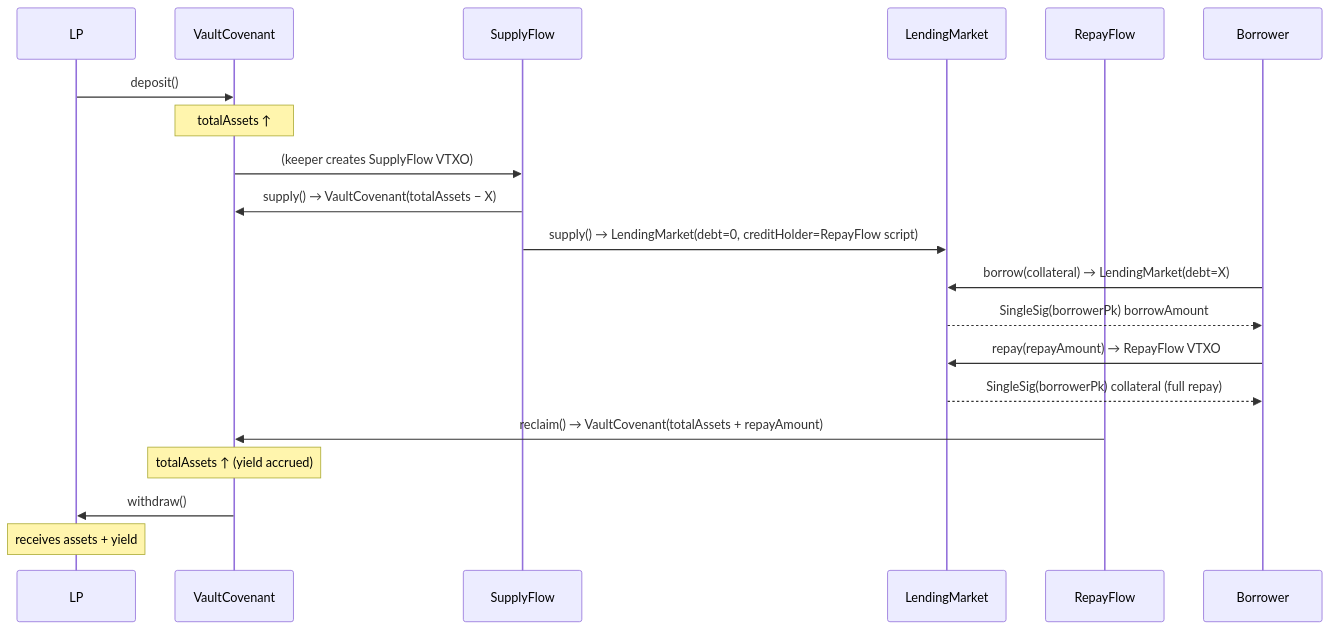
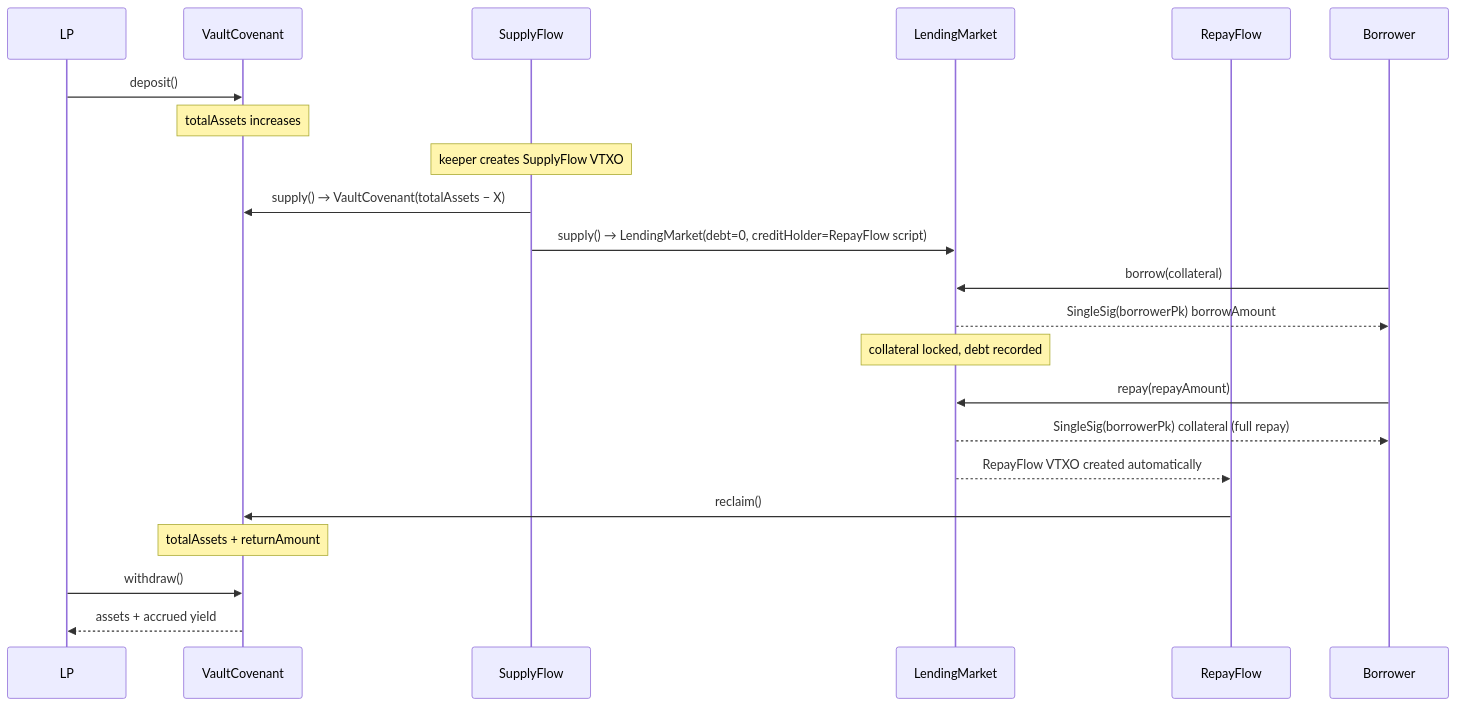
The ninth of 9 diagrams in examples/vault_lending/FLOWS.md (arkade-os/compiler), drawn with Mermaid before and after one commit. The commit also changed other lines of this file, not shown here.

First line of the commit message:
fix: simplify Mermaid diagrams for GitHub rendering

````diff
--- a/examples/vault_lending/FLOWS.md
+++ b/examples/vault_lending/FLOWS.md
@@ -162,28 +132,30 @@
 ```mermaid
 sequenceDiagram
     participant LP
     participant Vault as VaultCovenant
     participant SF as SupplyFlow
     participant LM as LendingMarket
     participant RF as RepayFlow
     participant B as Borrower
 
     LP->>Vault: deposit()
-    Note over Vault: totalAssets ↑
+    Note over Vault: totalAssets increases
 
-    Vault->>SF: (keeper creates SupplyFlow VTXO)
+    Note over SF: keeper creates SupplyFlow VTXO
     SF->>Vault: supply() → VaultCovenant(totalAssets − X)
     SF->>LM: supply() → LendingMarket(debt=0, creditHolder=RepayFlow script)
 
-    B->>LM: borrow(collateral) → LendingMarket(debt=X)
+    B->>LM: borrow(collateral)
     LM-->>B: SingleSig(borrowerPk) borrowAmount
+    Note over LM: collateral locked, debt recorded
 
-    B->>LM: repay(repayAmount) → RepayFlow VTXO
+    B->>LM: repay(repayAmount)
     LM-->>B: SingleSig(borrowerPk) collateral (full repay)
+    LM-->>RF: RepayFlow VTXO created automatically
 
-    RF->>Vault: reclaim() → VaultCovenant(totalAssets + repayAmount)
-    Note over Vault: totalAssets ↑ (yield accrued)
+    RF->>Vault: reclaim()
+    Note over Vault: totalAssets + returnAmount
 
-    Vault->>LP: withdraw()
-    Note over LP: receives assets + yield
+    LP->>Vault: withdraw()
+    Vault-->>LP: assets + accrued yield
 ```
````
